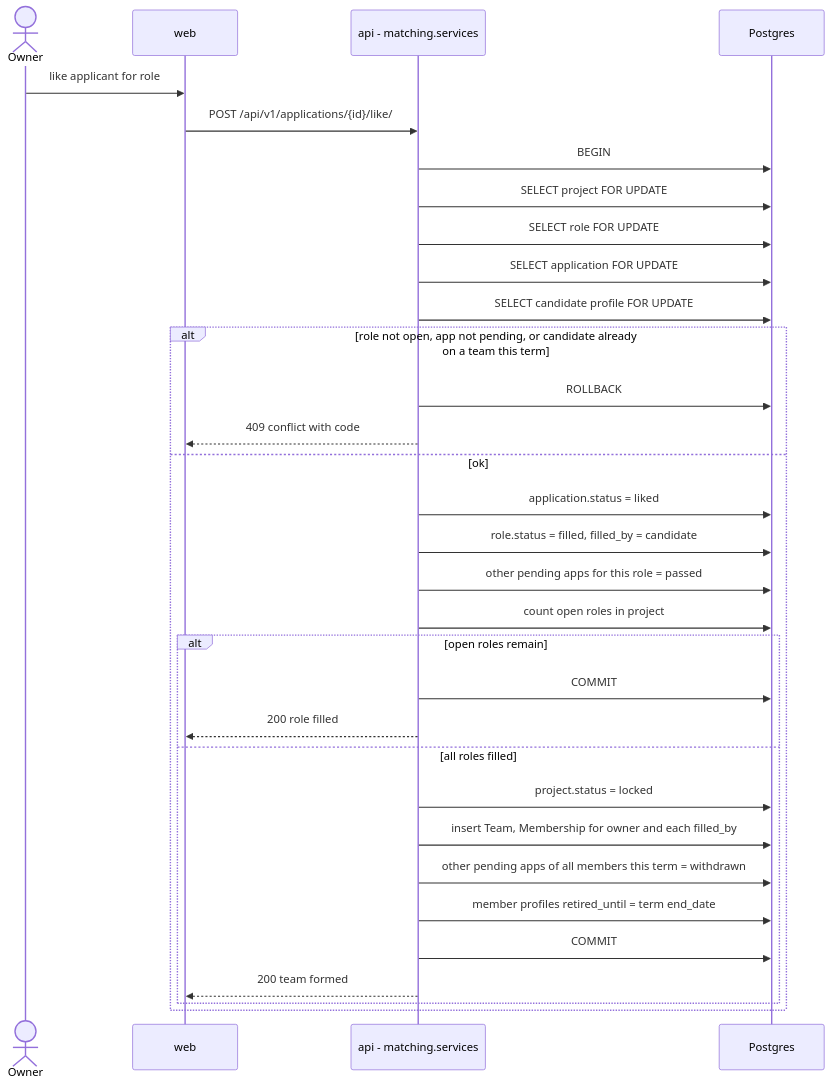
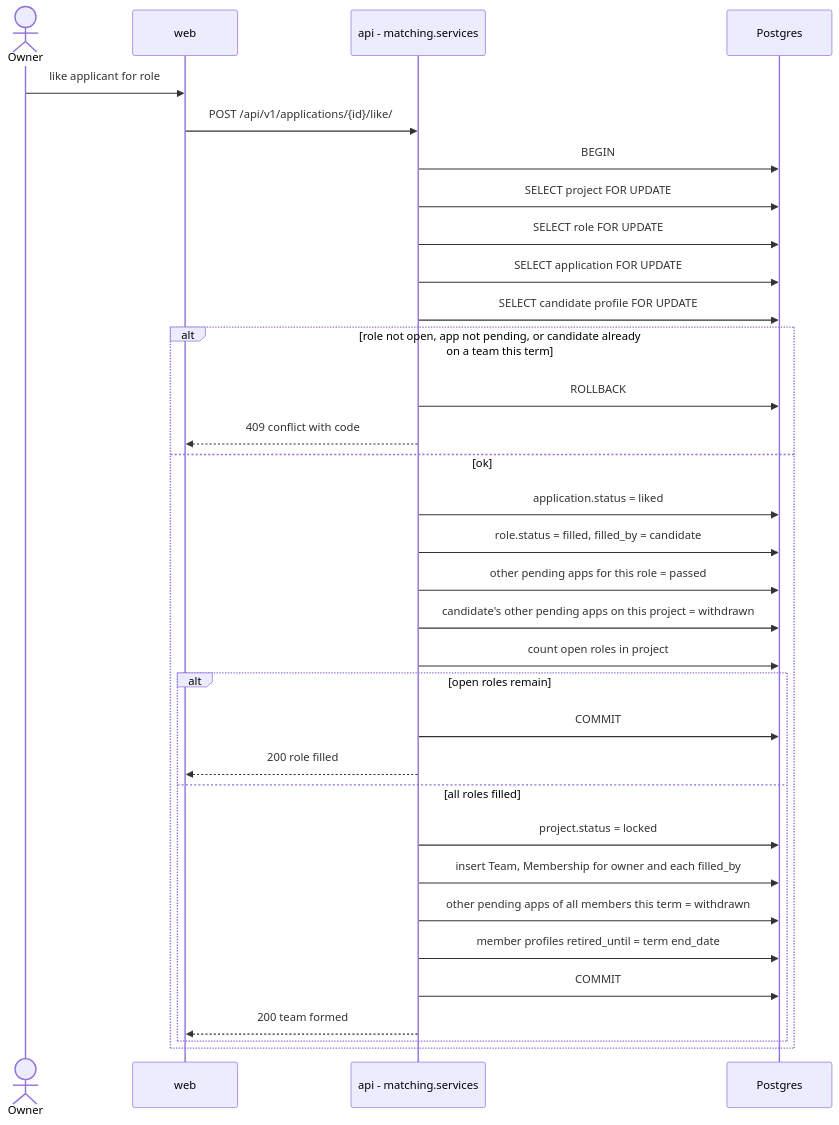
The fourth of 6 diagrams in docs/architecture/flows.md (season101/teammatch), drawn with Mermaid before and after one commit. The commit also changed 7 other files, not shown here.

````diff
--- a/docs/architecture/flows.md
+++ b/docs/architecture/flows.md
@@ -112,35 +112,36 @@
 ```mermaid
 sequenceDiagram
     actor O as Owner
     participant W as web
     participant A as api - matching.services
     participant DB as Postgres
 
     O->>W: like applicant for role
     W->>A: POST /api/v1/applications/{id}/like/
     A->>DB: BEGIN
     A->>DB: SELECT project FOR UPDATE
     A->>DB: SELECT role FOR UPDATE
     A->>DB: SELECT application FOR UPDATE
     A->>DB: SELECT candidate profile FOR UPDATE
     alt role not open, app not pending, or candidate already on a team this term
         A->>DB: ROLLBACK
         A-->>W: 409 conflict with code
     else ok
         A->>DB: application.status = liked
         A->>DB: role.status = filled, filled_by = candidate
         A->>DB: other pending apps for this role = passed
+        A->>DB: candidate's other pending apps on this project = withdrawn
         A->>DB: count open roles in project
         alt open roles remain
             A->>DB: COMMIT
             A-->>W: 200 role filled
         else all roles filled
             A->>DB: project.status = locked
             A->>DB: insert Team, Membership for owner and each filled_by
             A->>DB: other pending apps of all members this term = withdrawn
             A->>DB: member profiles retired_until = term end_date
             A->>DB: COMMIT
             A-->>W: 200 team formed
         end
     end
 ```
````
